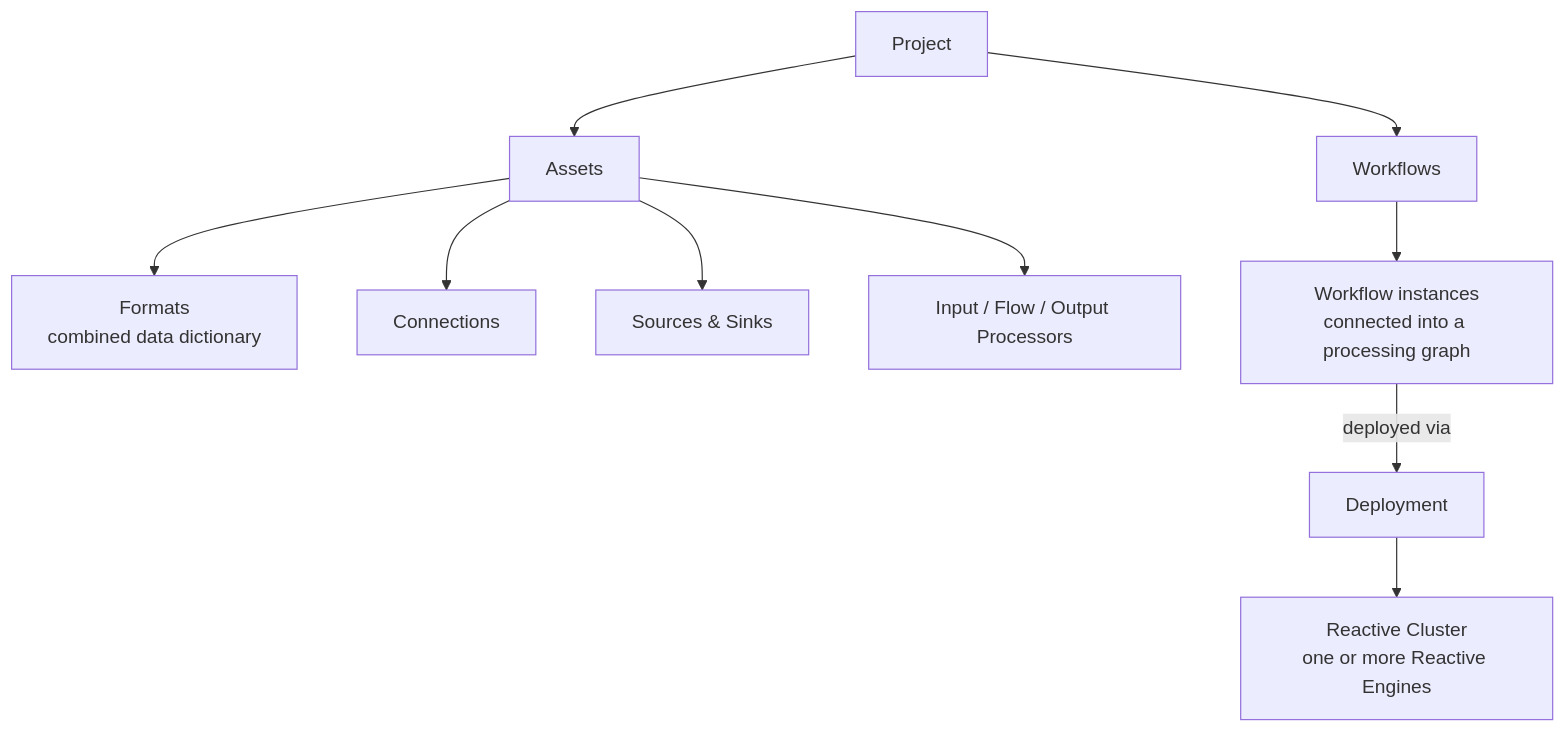
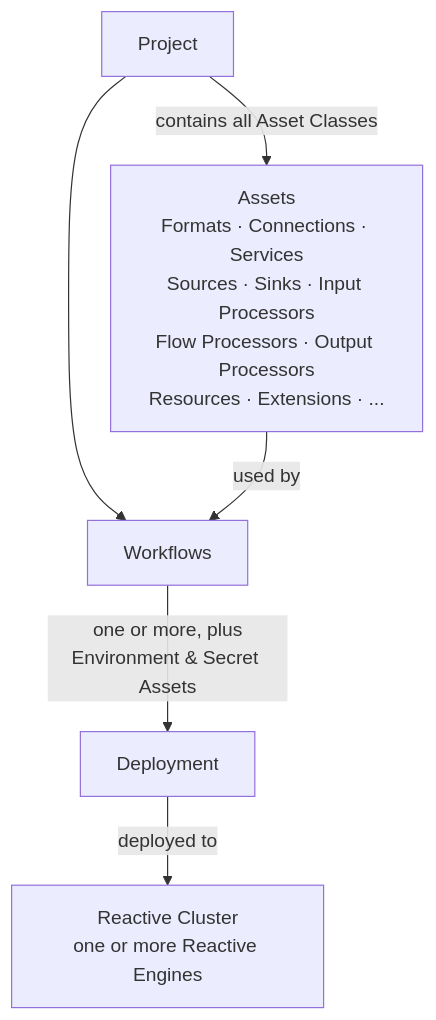
The second of 2 diagrams in docs/01-quickstart/02-core-concepts.md (layline-io/layline-doc), drawn with Mermaid before and after one commit. The commit also changed other lines of this file, not shown here.

````diff
--- a/docs/01-quickstart/02-core-concepts.md
+++ b/docs/01-quickstart/02-core-concepts.md
@@ -117,13 +122,9 @@
 ```mermaid
 graph TD
     P[Project]
-    P --> A[Assets]
+    P -->|contains all Asset Classes| A[Assets<br/>Formats · Connections · Services<br/>Sources · Sinks · Input Processors<br/>Flow Processors · Output Processors<br/>Resources · Extensions · ...]
     P --> W[Workflows]
-    A --> F[Formats<br/>combined data dictionary]
-    A --> C[Connections]
-    A --> SS[Sources & Sinks]
-    A --> PR[Input / Flow / Output Processors]
-    W --> WD[Workflow instances<br/>connected into a processing graph]
-    WD -->|deployed via| D[Deployment]
-    D --> RC[Reactive Cluster<br/>one or more Reactive Engines]
+    A -->|used by| W
+    W -->|one or more, plus<br/>Environment &amp; Secret Assets| D[Deployment]
+    D -->|deployed to| RC[Reactive Cluster<br/>one or more Reactive Engines]
 ```
````
